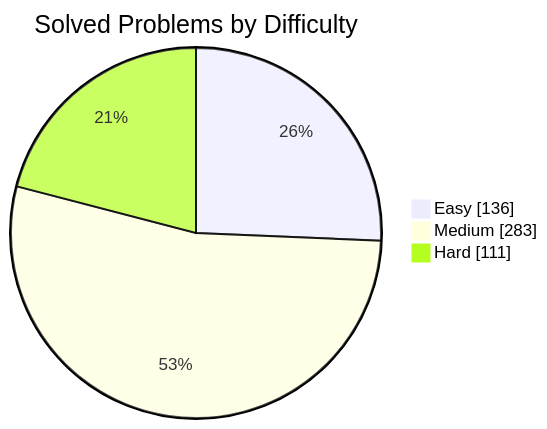
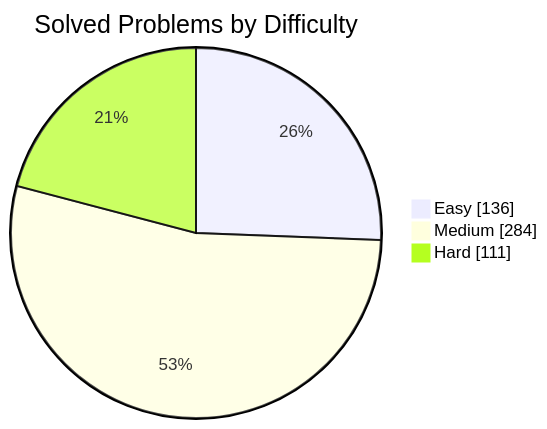
The first of 2 diagrams in README.md (manikantbindass/DSA-Preparation-FAANG), drawn with Mermaid before and after one commit. The commit also changed other lines of this file and 1 other file, not shown here.

````diff
--- a/README.md
+++ b/README.md
@@ -79,7 +79,7 @@
 ```mermaid
 pie showData
     title Solved Problems by Difficulty
     "Easy" : 136
-    "Medium" : 283
+    "Medium" : 284
     "Hard" : 111
 ```
````
